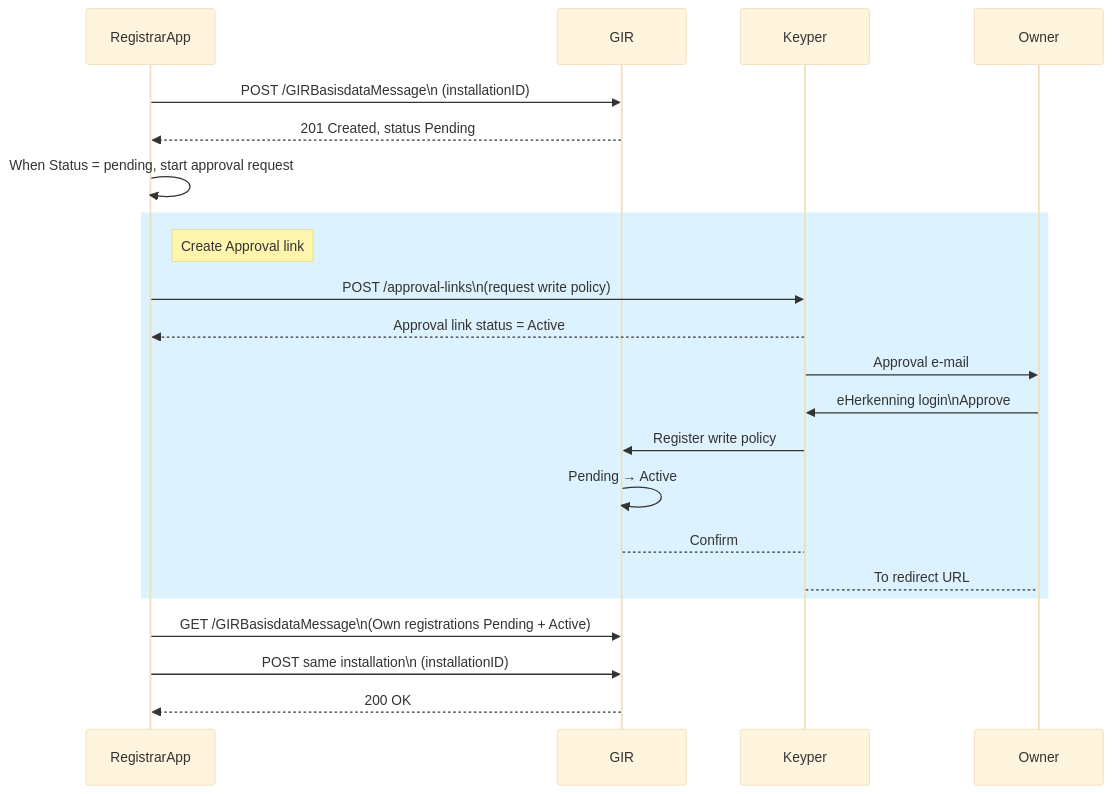
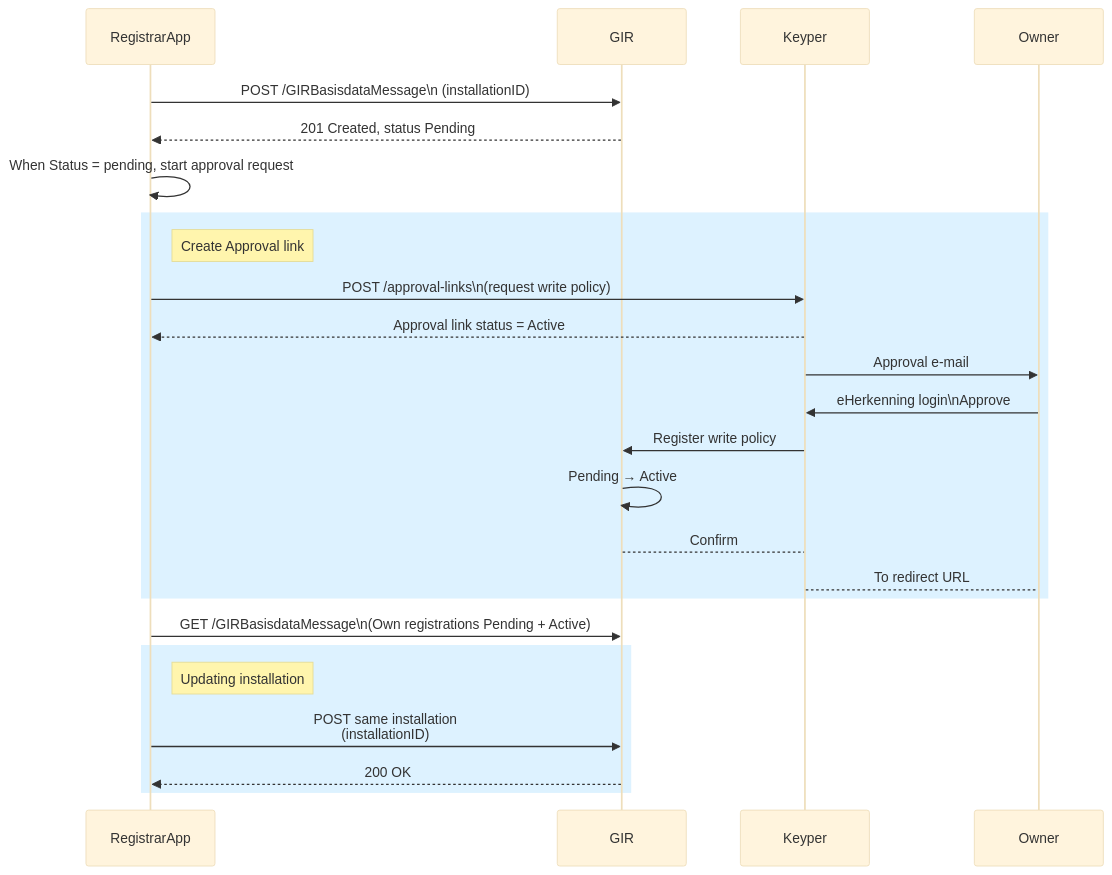
The diagram in gir/registrar-flow.md (POORT8/Poort8.Docs), drawn with Mermaid (base theme) before and after one commit. The commit also changed other lines of this file and 1 other file, not shown here.

Commit message:
Deploy gir docs: 71ca66369eeceda4763a998112f5567eae6e64aa

`````diff
--- a/gir/registrar-flow.md
+++ b/gir/registrar-flow.md
@@ -9,28 +9,31 @@
 ```mermaid
 sequenceDiagram
     participant RegistrarApp
     participant GIR
     participant Keyper
     participant Owner
 
 
     RegistrarApp->>GIR: POST /GIRBasisdataMessage\n (installationID)
     GIR-->>RegistrarApp: 201 Created, status Pending
 
         RegistrarApp->>RegistrarApp:When Status = pending, start approval request
-            rect rgb(221, 242, 255)
+    rect rgb(221, 242, 255)
         note right of RegistrarApp: Create Approval link
         RegistrarApp->>Keyper: POST /approval-links\n(request write policy)
         Keyper-->>RegistrarApp: Approval link status = Active
         Keyper->>Owner: Approval e-mail
         Owner->>Keyper: eHerkenning login\nApprove
         Keyper->>GIR: Register write policy
         GIR->>GIR: Pending → Active
         GIR-->Keyper:Confirm
         Keyper-->Owner:To redirect URL
     end
-
     RegistrarApp->>GIR: GET /GIRBasisdataMessage\n(Own registrations Pending + Active)
-        RegistrarApp->>GIR: POST same installation\n (installationID)
-    GIR-->>RegistrarApp: 200 OK
+    
+    rect rgb(221, 242, 255)
+        note right of RegistrarApp: Updating installation
+        RegistrarApp->>GIR: POST same installation<br>(installationID)
+        GIR-->>RegistrarApp: 200 OK
+    end
 ````
`````
